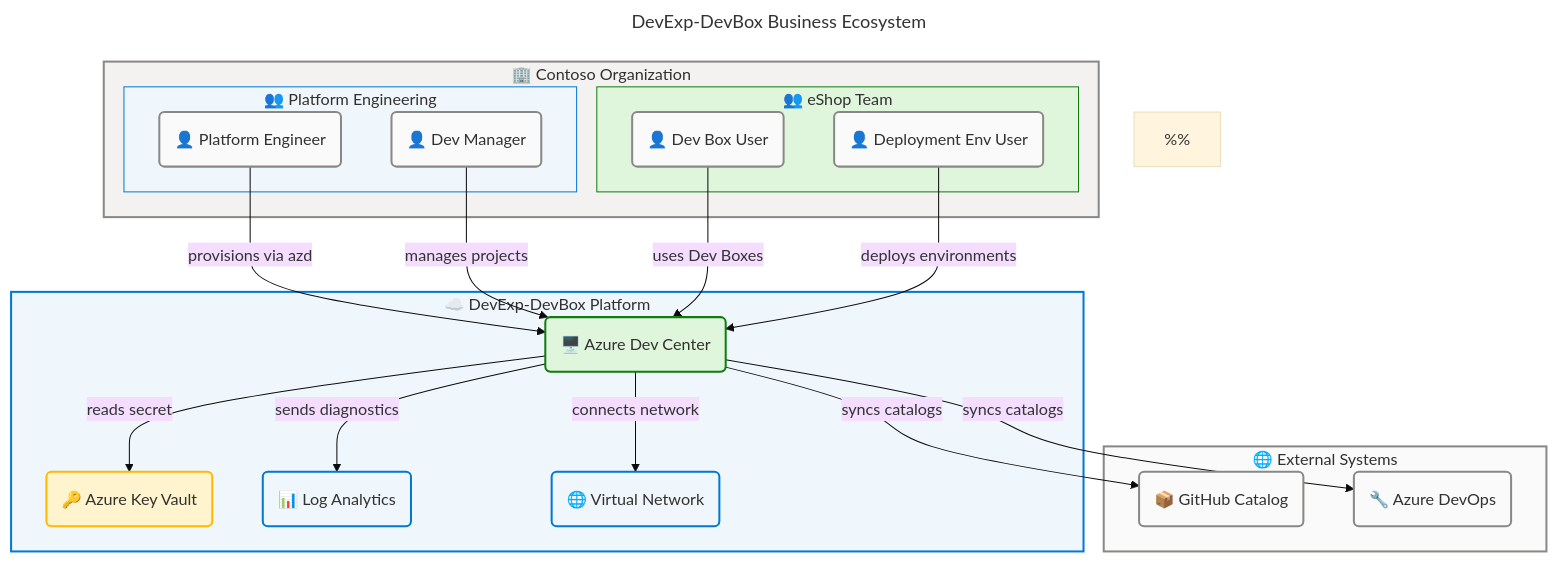
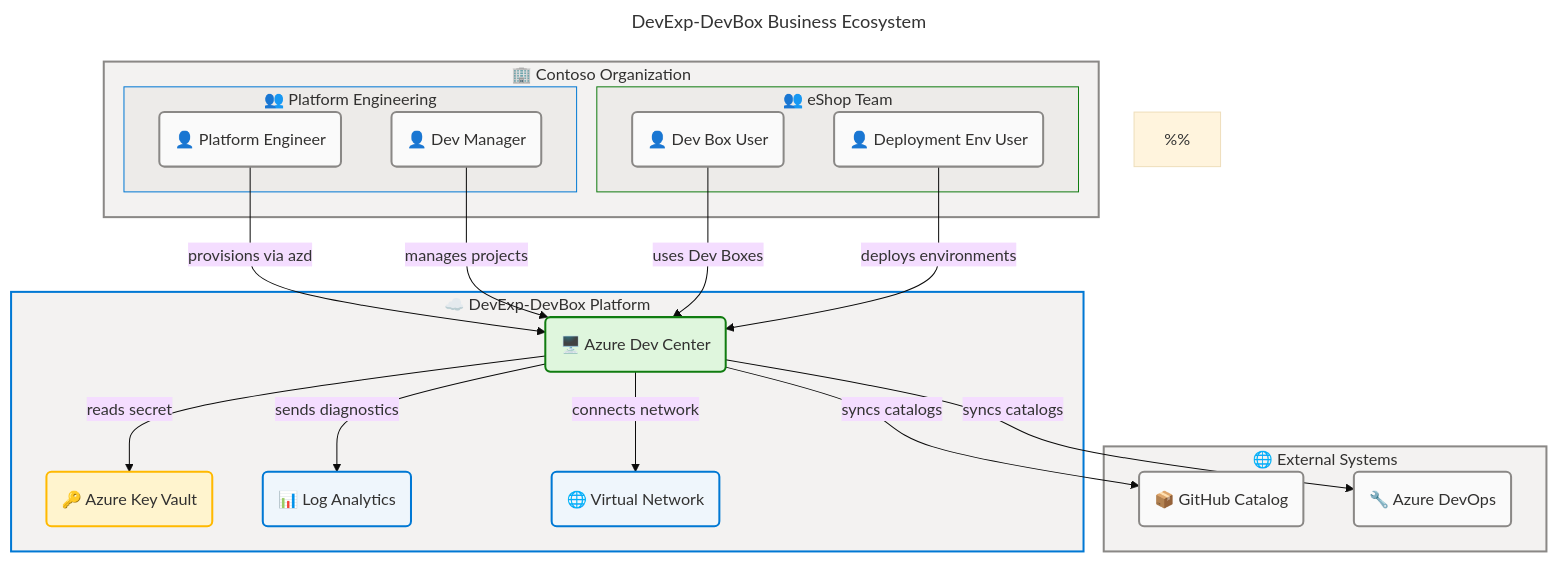
Before and after one commit to Evilazaro/DevExp-DevBox: the second of 5 diagrams in docs/architecture/bus-arch.md, drawn with Mermaid. The commit also changed other lines of this file and 3 other files, not shown here.

Commit message:
Refactor architecture documentation to enhance flowchart styles and enable HTML labels for improved visualization

````diff
--- a/docs/architecture/bus-arch.md
+++ b/docs/architecture/bus-arch.md
@@ -257,71 +257,71 @@
 ```mermaid
 ---
 title: "DevExp-DevBox Business Ecosystem"
 config:
   theme: base
   look: classic
   layout: dagre
   themeVariables:
     fontSize: '16px'
   flowchart:
     htmlLabels: true
 ---
 flowchart TB
     accTitle: DevExp-DevBox Business Ecosystem Overview
     accDescr: Business ecosystem diagram showing organizational actors, platform services, and external systems. Contoso organization contains Platform Engineering Team and eShop Engineers. Platform includes Dev Center, Key Vault, and Log Analytics. External systems include GitHub and Azure DevOps. Nodes: PEng=neutral, PM=neutral, DBU=neutral, DEU=neutral, DC=success, KV=warning, LA=core, VNET=core, GH=neutral, ADO=neutral. WCAG AA compliant.
 
     %%
     %% AZURE / FLUENT ARCHITECTURE PATTERN v2.0
     %% (Semantic + Structural + Font + Accessibility Governance)
     %%
     %% PHASE 1 - FLUENT UI: All styling uses approved Fluent UI palette only
     %% PHASE 2 - GROUPS: Every subgraph has semantic color via style directive
     %% PHASE 3 - COMPONENTS: Every node has semantic classDef + icon prefix
     %% PHASE 4 - ACCESSIBILITY: accTitle/accDescr present, WCAG AA contrast
     %% PHASE 5 - STANDARD: Governance block present, classDefs centralized
     %%
 
     subgraph org["🏢 Contoso Organization"]
         subgraph pe["👥 Platform Engineering"]
             PM("👤 Dev Manager"):::neutral
             PEng("👤 Platform Engineer"):::neutral
         end
         subgraph devteam["👥 eShop Team"]
             DBU("👤 Dev Box User"):::neutral
             DEU("👤 Deployment Env User"):::neutral
         end
     end
 
     subgraph platform["☁️ DevExp-DevBox Platform"]
         DC("🖥️ Azure Dev Center"):::success
         KV("🔑 Azure Key Vault"):::warning
         LA("📊 Log Analytics"):::core
         VNET("🌐 Virtual Network"):::core
     end
 
     subgraph external["🌐 External Systems"]
         GH("📦 GitHub Catalog"):::neutral
         ADO("🔧 Azure DevOps"):::neutral
     end
 
     PEng -->|provisions via azd| DC
     PM -->|manages projects| DC
     DBU -->|uses Dev Boxes| DC
     DEU -->|deploys environments| DC
     DC -->|reads secret| KV
     DC -->|sends diagnostics| LA
     DC -->|connects network| VNET
     DC -->|syncs catalogs| GH
     DC -->|syncs catalogs| ADO
 
     classDef core fill:#EFF6FC,stroke:#0078D4,stroke-width:2px,color:#323130
     classDef success fill:#DFF6DD,stroke:#107C10,stroke-width:2px,color:#323130
     classDef neutral fill:#FAFAFA,stroke:#8A8886,stroke-width:2px,color:#323130
     classDef warning fill:#FFF4CE,stroke:#FFB900,stroke-width:2px,color:#323130
 
     style org fill:#F3F2F1,stroke:#8A8886,stroke-width:2px,color:#323130
-    style pe fill:#EFF6FC,stroke:#0078D4,stroke-width:1px,color:#323130
-    style devteam fill:#DFF6DD,stroke:#107C10,stroke-width:1px,color:#323130
-    style platform fill:#EFF6FC,stroke:#0078D4,stroke-width:2px,color:#323130
-    style external fill:#FAFAFA,stroke:#8A8886,stroke-width:2px,color:#323130
+    style pe fill:#EDEBE9,stroke:#0078D4,stroke-width:1px,color:#323130
+    style devteam fill:#EDEBE9,stroke:#107C10,stroke-width:1px,color:#323130
+    style platform fill:#F3F2F1,stroke:#0078D4,stroke-width:2px,color:#323130
+    style external fill:#F3F2F1,stroke:#8A8886,stroke-width:2px,color:#323130
 ```
````
